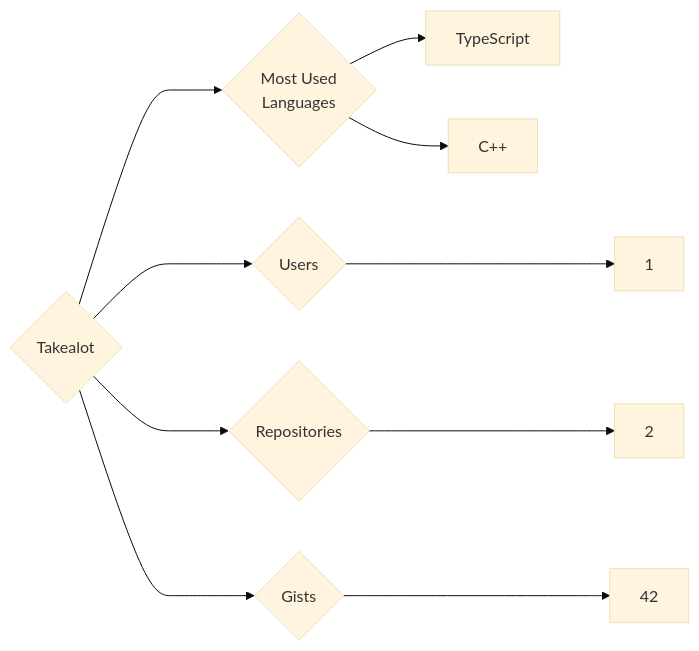
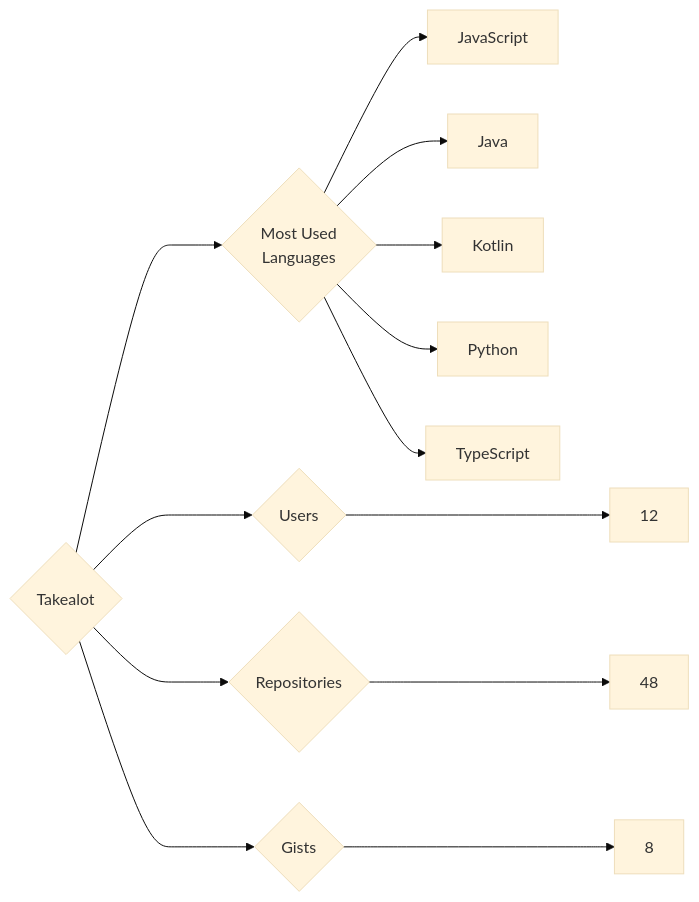
Before and after one commit to trickest/insiders: the diagram in targets/Takealot/README.md, drawn with Mermaid (base theme). The commit also changed 976 other files, not shown here.

````diff
--- a/targets/Takealot/README.md
+++ b/targets/Takealot/README.md
@@ -3,10 +3,13 @@
 ```mermaid
 graph LR
 COMPANY_NAME{Takealot}
-COMPANY_NAME ---> U{Users} ---> UN[1]
-COMPANY_NAME ---> R{Repositories} ---> RN[2]
-COMPANY_NAME ---> G{Gists} ---> GN[42]
+COMPANY_NAME ---> U{Users} ---> UN[12]
+COMPANY_NAME ---> R{Repositories} ---> RN[48]
+COMPANY_NAME ---> G{Gists} ---> GN[8]
 COMPANY_NAME ---> ML{Most Used<br>Languages}
+ML --> JavaScript[JavaScript]
+ML --> Java[Java]
+ML --> Kotlin[Kotlin]
+ML --> Python[Python]
 ML --> TypeScript[TypeScript]
-ML --> C++[C++]
 ```
````
